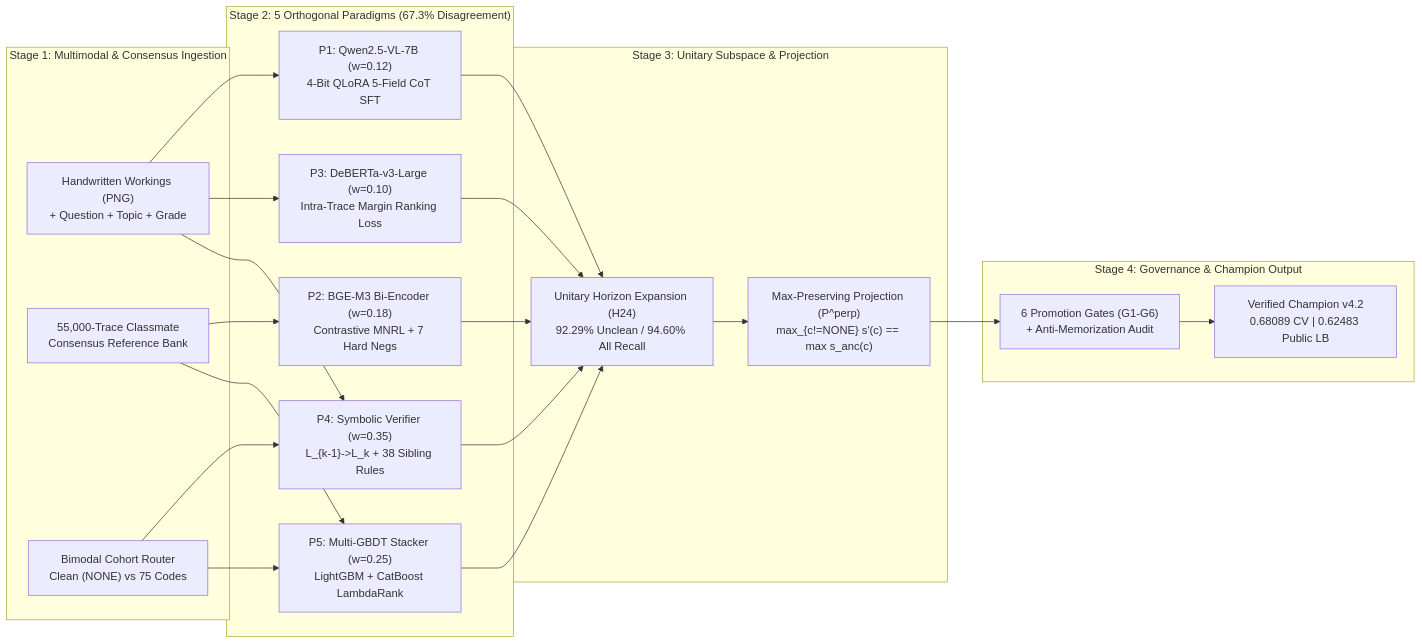
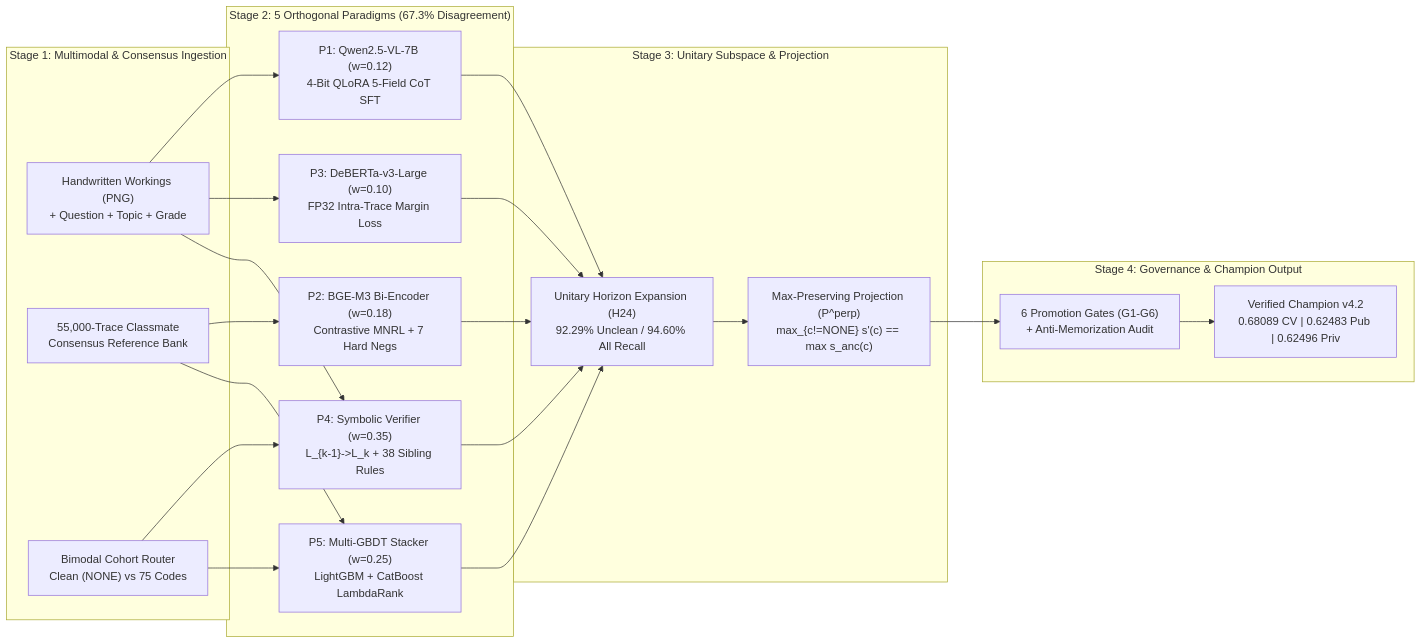
One commit to VijaiKMathew/k12-math-misconception-detection changed the diagram in WRITEUP.md. Above: the diagram before and after it, drawn with Mermaid. The commit also changed other lines of this file, not shown here.

Commit message:
docs: fix figure caption spacing (blank line between image and caption in all 7 figures)

````diff
--- a/WRITEUP.md
+++ b/WRITEUP.md
@@ -83,34 +197,34 @@
 ```mermaid
 flowchart LR
     subgraph S1["Stage 1: Multimodal & Consensus Ingestion"]
         A1["Handwritten Workings (PNG)<br/>+ Question + Topic + Grade"]
         A2["55,000-Trace Classmate<br/>Consensus Reference Bank"]
         A3["Bimodal Cohort Router<br/>Clean (NONE) vs 75 Codes"]
     end
 
     subgraph S2["Stage 2: 5 Orthogonal Paradigms (67.3% Disagreement)"]
         P1["P1: Qwen2.5-VL-7B (w=0.12)<br/>4-Bit QLoRA 5-Field CoT SFT"]
         P2["P2: BGE-M3 Bi-Encoder (w=0.18)<br/>Contrastive MNRL + 7 Hard Negs"]
-        P3["P3: DeBERTa-v3-Large (w=0.10)<br/>Intra-Trace Margin Ranking Loss"]
+        P3["P3: DeBERTa-v3-Large (w=0.10)<br/>FP32 Intra-Trace Margin Loss"]
         P4["P4: Symbolic Verifier (w=0.35)<br/>L_{k-1}->L_k + 38 Sibling Rules"]
         P5["P5: Multi-GBDT Stacker (w=0.25)<br/>LightGBM + CatBoost LambdaRank"]
     end
 
     subgraph S3["Stage 3: Unitary Subspace & Projection"]
         H24["Unitary Horizon Expansion (H24)<br/>92.29% Unclean / 94.60% All Recall"]
         PROJ["Max-Preserving Projection (P^perp)<br/>max_{c!=NONE} s'(c) == max s_anc(c)"]
     end
 
     subgraph S4["Stage 4: Governance & Champion Output"]
         GATES["6 Promotion Gates (G1-G6)<br/>+ Anti-Memorization Audit"]
-        OUT["Verified Champion v4.2<br/>0.68089 CV | 0.62483 Public LB"]
+        OUT["Verified Champion v4.2<br/>0.68089 CV | 0.62483 Pub | 0.62496 Priv"]
     end
 
     A1 --> P1 & P3 & P4
     A2 --> P2 & P5
     A3 --> P4 & P5
     P1 & P2 & P3 & P4 & P5 --> H24
     H24 --> PROJ
     PROJ --> GATES
     GATES --> OUT
 ```
````
